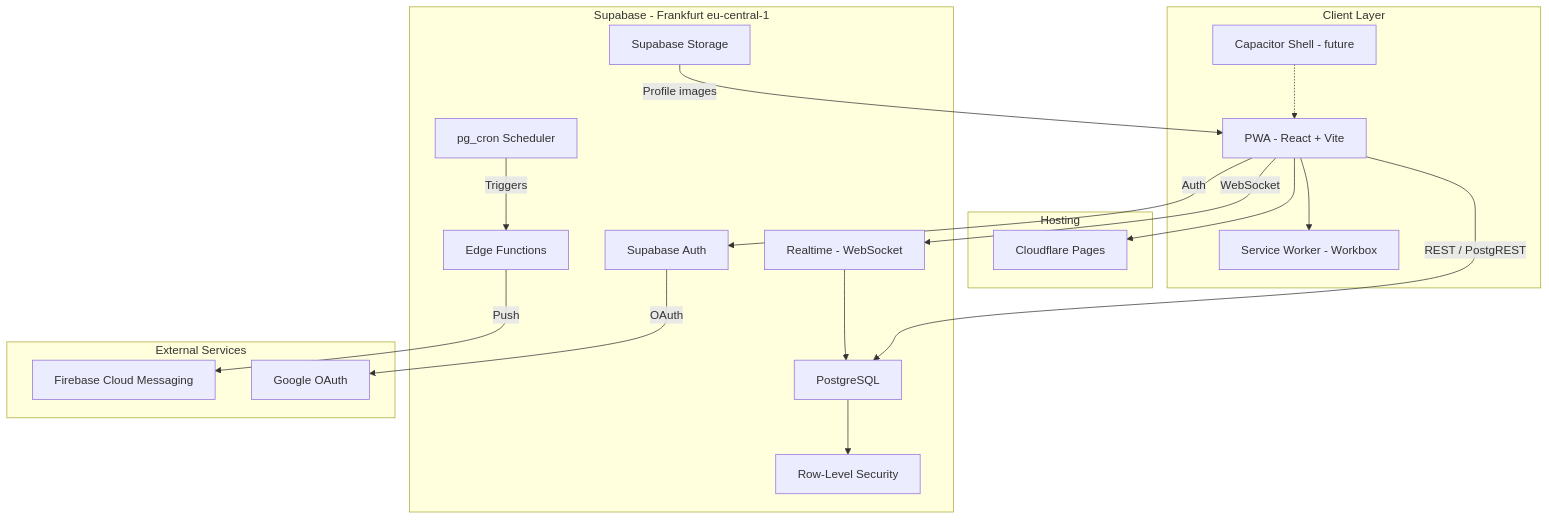
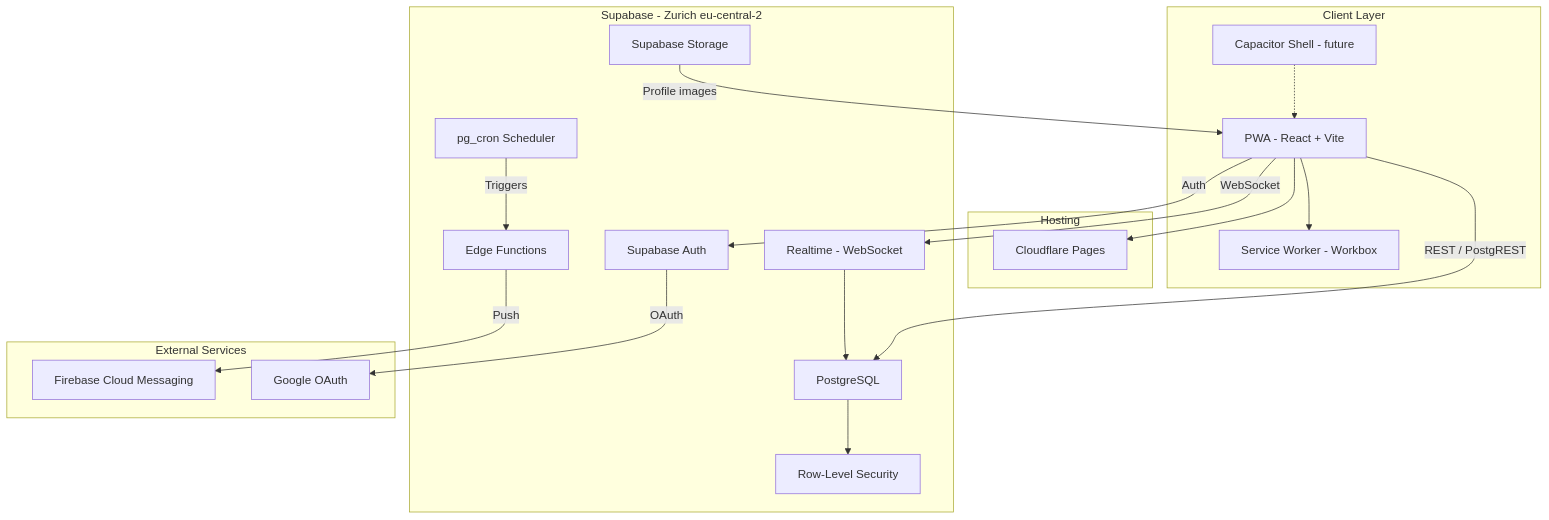
One commit to pratyuksh/pocket-coach changed the diagram in pocket-coach-wiki/wiki/codebase/architecture/system-architecture.md. Above: the diagram before and after it, drawn with Mermaid. The commit also changed other lines of this file and 51 other files, not shown here.

````diff
--- a/pocket-coach-wiki/wiki/codebase/architecture/system-architecture.md
+++ b/pocket-coach-wiki/wiki/codebase/architecture/system-architecture.md
@@ -81,43 +81,43 @@
 ```mermaid
 graph TB
     subgraph Client_Layer["Client Layer"]
         PWA["PWA - React + Vite"]
         SW["Service Worker - Workbox"]
         CAP["Capacitor Shell - future"]
     end
 
     subgraph Hosting
         CF["Cloudflare Pages"]
     end
 
-    subgraph Supabase["Supabase - Frankfurt eu-central-1"]
+    subgraph Supabase["Supabase - Zurich eu-central-2"]
         AUTH["Supabase Auth"]
         DB["PostgreSQL"]
         RLS["Row-Level Security"]
         RT["Realtime - WebSocket"]
         EF["Edge Functions"]
         CRON["pg_cron Scheduler"]
         STORAGE["Supabase Storage"]
     end
 
     subgraph External_Services["External Services"]
         FCM["Firebase Cloud Messaging"]
         GOOGLE["Google OAuth"]
     end
 
     PWA --> CF
     CAP -.-> PWA
     PWA --> SW
 
     PWA -- "REST / PostgREST" --> DB
     PWA -- "WebSocket" --> RT
     PWA -- "Auth" --> AUTH
     AUTH -- "OAuth" --> GOOGLE
 
     EF -- "Push" --> FCM
     CRON -- "Triggers" --> EF
 
     DB --> RLS
     RT --> DB
     STORAGE -- "Profile images" --> PWA
 ```
````
